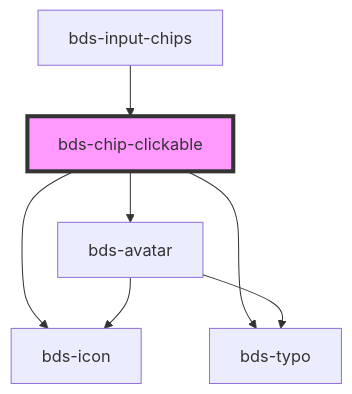
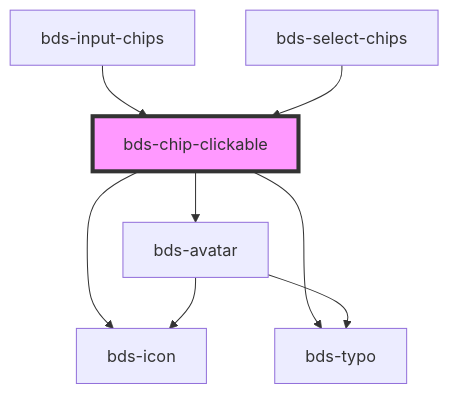
Before and after one commit to takenet/blip-ds: the diagram in src/components/chip-clickable/readme.md, drawn with Mermaid. The commit also changed other lines of this file and 6 other files, not shown here.

Commit message:
fix(select-chips): uncapsulate input from select-chips

````diff
--- a/src/components/chip-clickable/readme.md
+++ b/src/components/chip-clickable/readme.md
@@ -43,10 +44,11 @@
 ```mermaid
 graph TD;
   bds-chip-clickable --> bds-icon
   bds-chip-clickable --> bds-avatar
   bds-chip-clickable --> bds-typo
   bds-avatar --> bds-typo
   bds-avatar --> bds-icon
   bds-input-chips --> bds-chip-clickable
+  bds-select-chips --> bds-chip-clickable
   style bds-chip-clickable fill:#f9f,stroke:#333,stroke-width:4px
 ```
````
